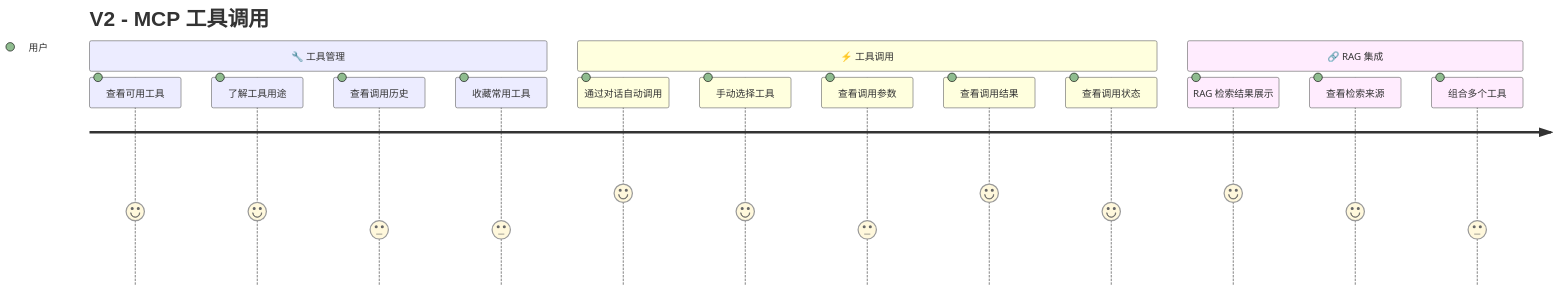
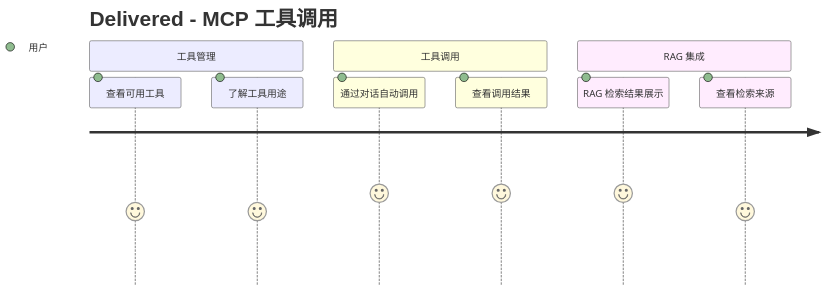
The sixth of 14 diagrams in docs/User-Story-Map.md (felixzhu97/explore-ai), drawn with Mermaid before and after one commit. The commit also changed other lines of this file and 13 other files, not shown here.

````diff
--- a/docs/User-Story-Map.md
+++ b/docs/User-Story-Map.md
@@ -138,19 +145,13 @@
 ```mermaid
 journey
-    title V2 - MCP 工具调用
-    section 🔧 工具管理
+    title Delivered - MCP 工具调用
+    section 工具管理
         查看可用工具: 4: 用户
         了解工具用途: 4: 用户
-        查看调用历史: 3: 用户
-        收藏常用工具: 3: 用户
-    section ⚡ 工具调用
+    section 工具调用
         通过对话自动调用: 5: 用户
-        手动选择工具: 4: 用户
-        查看调用参数: 3: 用户
         查看调用结果: 5: 用户
-        查看调用状态: 4: 用户
-    section 🔗 RAG 集成
+    section RAG 集成
         RAG 检索结果展示: 5: 用户
         查看检索来源: 4: 用户
-        组合多个工具: 3: 用户
 ```
````
